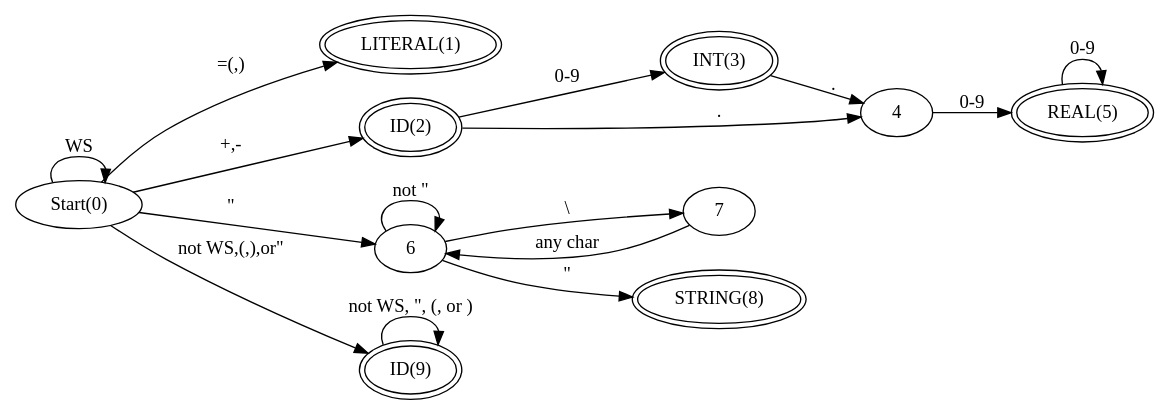
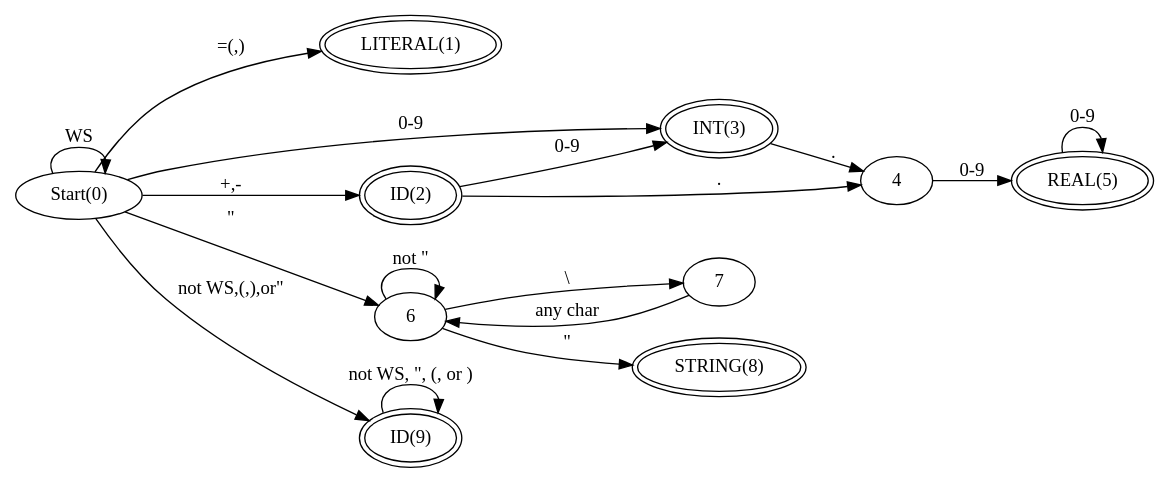
One commit to namnbk/LISP_Parser changed the diagram in state-diagram.gv. Above: the diagram before and after it, drawn with Graphviz. The commit also changed 2 other files, not shown here.

Commit message:
Added a missing edge to the diagram

```diff
--- a/state-diagram.gv
+++ b/state-diagram.gv
@@ -1,42 +1,42 @@
 digraph G {
     rankdir="LR";
     node [shape=ellipse, peripheries=1];
 
     
     0[label="Start(0)"]
     1[label="LITERAL(1)",  peripheries=2]
     2[label="ID(2)", peripheries=2]
     3[label="INT(3)", peripheries=2]
     4[label="4"]
     5[label="REAL(5)", peripheries=2]
     6[label="6"]
     7[label="7"]
     8[label="STRING(8)", peripheries=2]
     9[label="ID(9)", peripheries=2]
 
     0 -> 0[label="WS"];
     0 -> 1[label="=(,)"];
     0 -> 2[label="+,-"];
     0 -> 6[label="\""];
     0 -> 9[label="not WS,(,),or\""];
-
+    0 -> 3[label="0-9"];
 
 
     2 -> 3[label="0-9"];
     2 -> 4[label="."];
 
     3 -> 4[label="."];
 
     4 -> 5[label="0-9"];
 
 	5 -> 5[label="0-9"];
 
 	6 -> 6[label="not \""];
 	6 -> 7[label="\\"];
 	6 -> 8[label="\""];
 
 	7 -> 6[label="any char"];
 
 	9 -> 9[label="not WS, \", (, or )"];
 
 }
```
